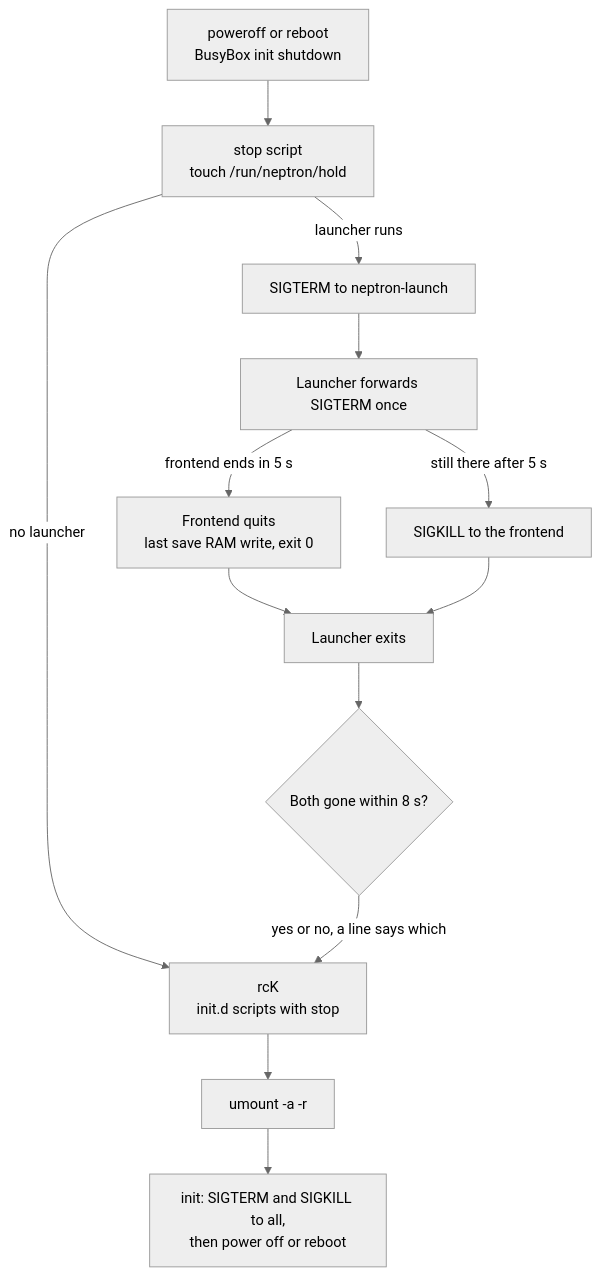
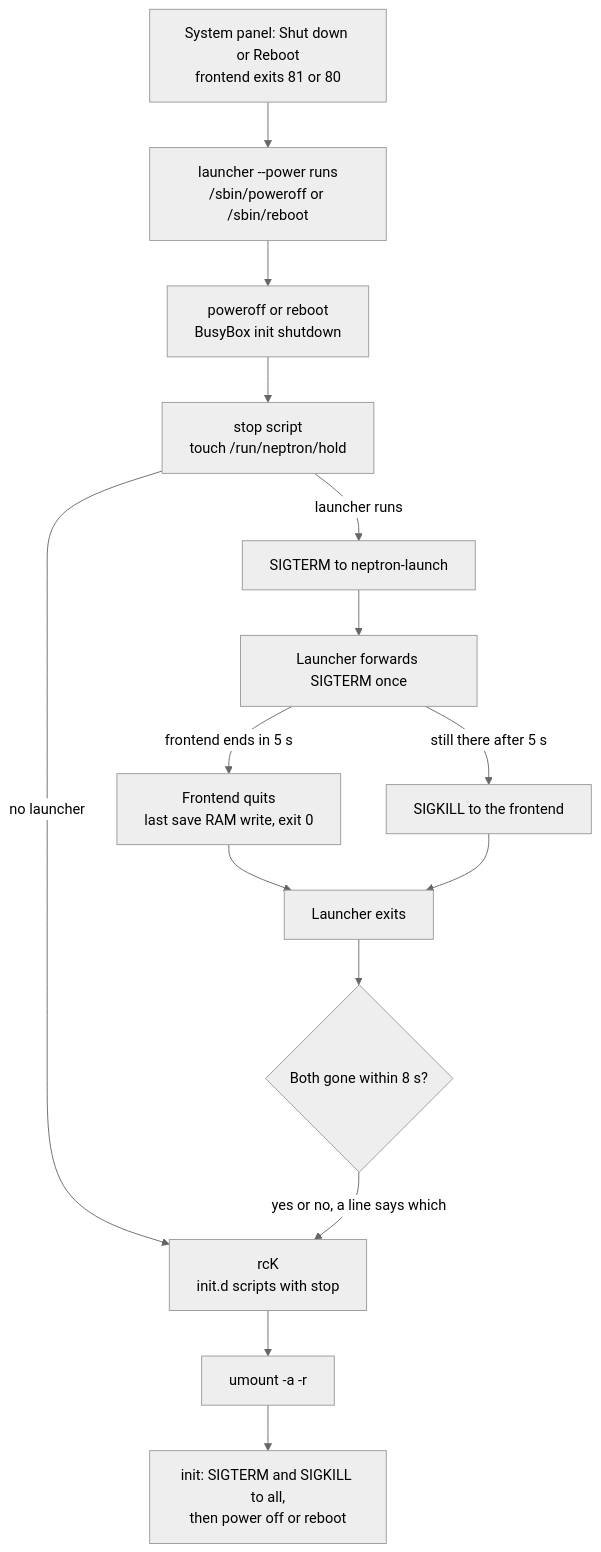
The sixth of 6 diagrams in docs/flows/01-power-on.md (paologaleotti/neptron), drawn with Mermaid (neutral theme) before and after one commit. The commit also changed other lines of this file and 3 other files, not shown here.

First line of the commit message:
docs(flows): describe the reboot and the power-off from the System panel

````diff
--- a/docs/flows/01-power-on.md
+++ b/docs/flows/01-power-on.md
@@ -111,15 +115,17 @@
 ```mermaid
 flowchart TD
+    SP["System panel: Shut down or Reboot<br/>frontend exits 81 or 80"] --> LP["launcher --power runs<br/>/sbin/poweroff or /sbin/reboot"]
+    LP --> T
     T["poweroff or reboot<br/>BusyBox init shutdown"] --> ST["stop script<br/>touch /run/neptron/hold"]
     ST -->|"launcher runs"| TERM["SIGTERM to neptron-launch"]
     ST -->|"no launcher"| RCK
     TERM --> FWD["Launcher forwards SIGTERM once"]
     FWD -->|"frontend ends in 5 s"| QUIT["Frontend quits<br/>last save RAM write, exit 0"]
     FWD -->|"still there after 5 s"| KILL["SIGKILL to the frontend"]
     QUIT --> LEND["Launcher exits"]
     KILL --> LEND
     LEND --> WAIT{"Both gone within 8 s?"}
     WAIT -->|"yes or no, a line says which"| RCK["rcK<br/>init.d scripts with stop"]
     RCK --> UM["umount -a -r"]
     UM --> KALL["init: SIGTERM and SIGKILL to all,<br/>then power off or reboot"]
 ```
````
